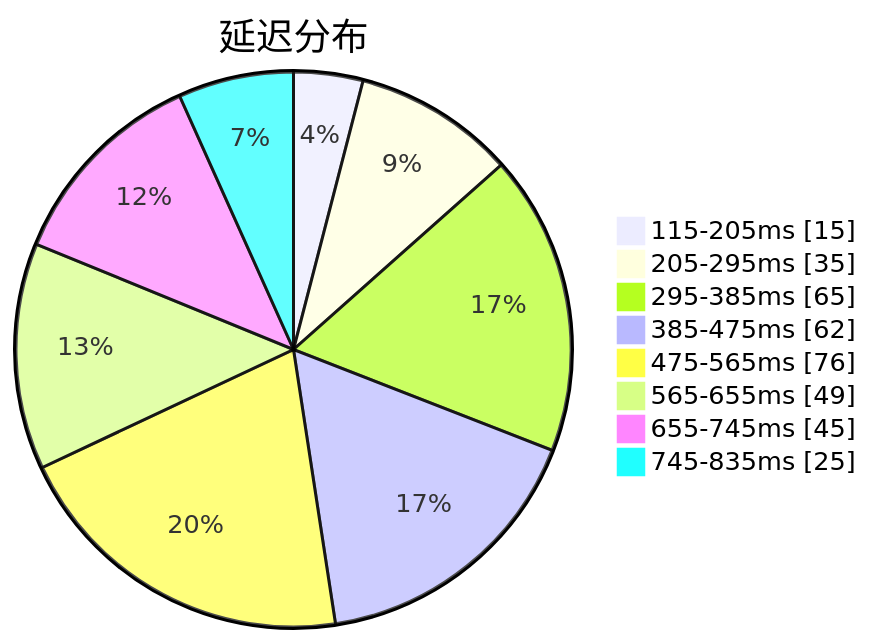
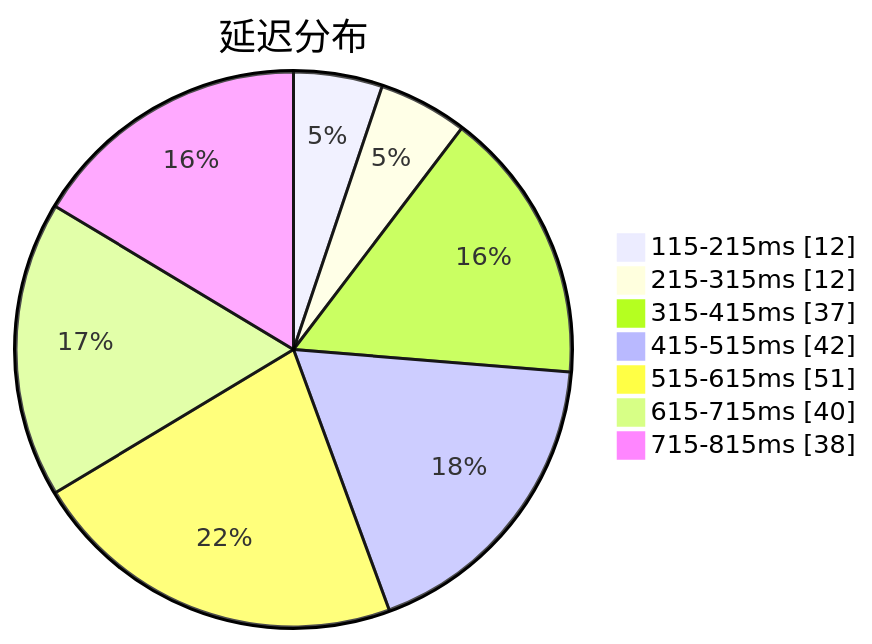
One commit to sinspired/airport changed the first of 3 diagrams in subs/statistics/tested_within.md. Above: the diagram before and after it, drawn with Mermaid. The commit also changed other lines of this file and 2 other files, not shown here.

````diff
--- a/subs/statistics/tested_within.md
+++ b/subs/statistics/tested_within.md
@@ -2,12 +2,11 @@
 ```mermaid
 pie showData
 title 延迟分布
-"115-205ms" : 15
-"205-295ms" : 35
-"295-385ms" : 65
-"385-475ms" : 62
-"475-565ms" : 76
-"565-655ms" : 49
-"655-745ms" : 45
-"745-835ms" : 25
+"115-215ms" : 12
+"215-315ms" : 12
+"315-415ms" : 37
+"415-515ms" : 42
+"515-615ms" : 51
+"615-715ms" : 40
+"715-815ms" : 38
 ```
````
